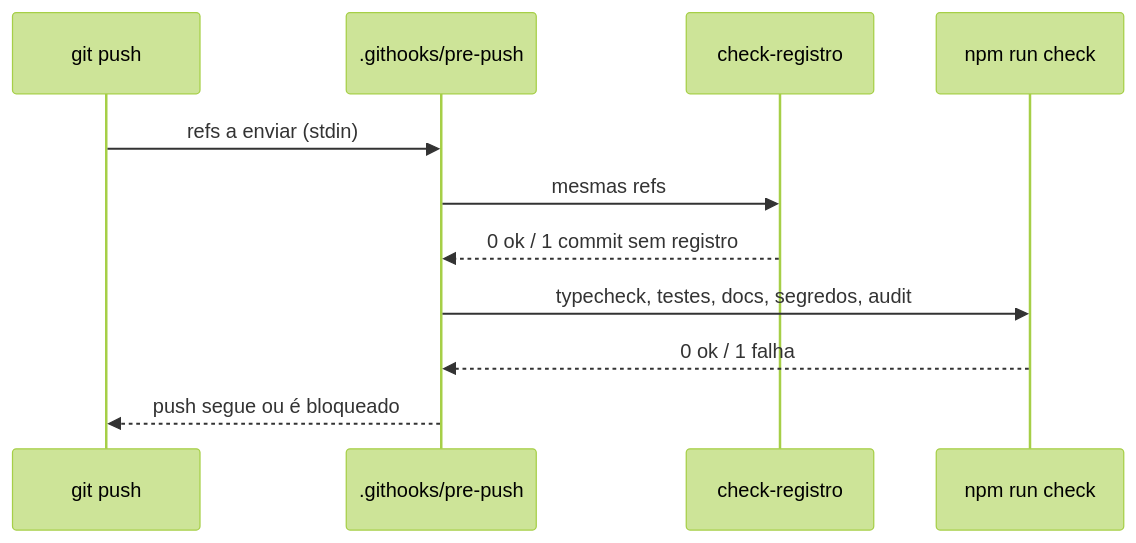
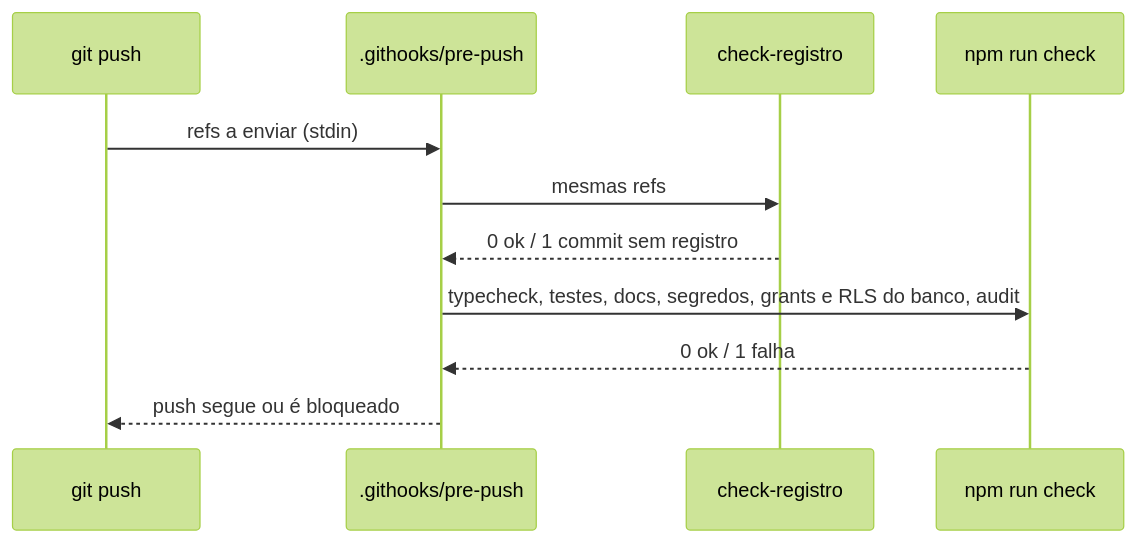
Before and after one commit to TokumoH/RevocastCameras: the diagram in .githooks/README.md, drawn with Mermaid (forest theme). The commit also changed other lines of this file and 14 other files, not shown here.

````diff
--- a/.githooks/README.md
+++ b/.githooks/README.md
@@ -52,13 +52,13 @@
 ```mermaid
 sequenceDiagram
     participant U as git push
     participant H as .githooks/pre-push
     participant R as check-registro
     participant C as npm run check
     U->>H: refs a enviar (stdin)
     H->>R: mesmas refs
     R-->>H: 0 ok / 1 commit sem registro
-    H->>C: typecheck, testes, docs, segredos, audit
+    H->>C: typecheck, testes, docs, segredos, grants e RLS do banco, audit
     C-->>H: 0 ok / 1 falha
     H-->>U: push segue ou é bloqueado
 ```
````
